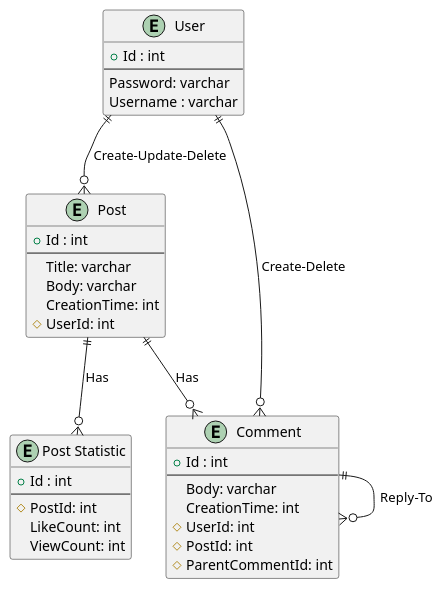
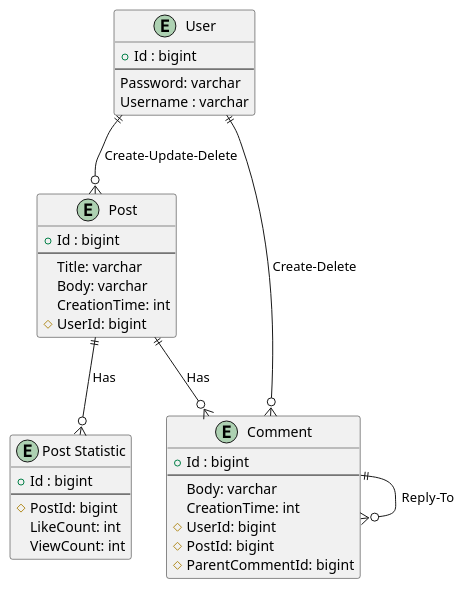
The diagram in doc/instances.puml (EugeneDar/soa), drawn with PlantUML before and after one commit. The commit also changed 1 other file, not shown here.

```diff
--- a/doc/instances.puml
+++ b/doc/instances.puml
@@ -1,43 +1,43 @@
 @startuml
 
 entity "User" as user {
-  + Id : int
+  + Id : bigint
   --
   Password: varchar
   Username : varchar
 }
 
 entity "Post" as post {
-  + Id : int
+  + Id : bigint
   --
   Title: varchar
   Body: varchar
   CreationTime: int
-  # UserId: int
+  # UserId: bigint
 }
 
 entity "Post Statistic" as postStatistic {
-  + Id : int
+  + Id : bigint
   --
-  # PostId: int
+  # PostId: bigint
   LikeCount: int
   ViewCount: int
 }
 
 entity "Comment" as comment {
-  + Id : int
+  + Id : bigint
   --
   Body: varchar
   CreationTime: int
-  # UserId: int
-  # PostId: int
-  # ParentCommentId: int
+  # UserId: bigint
+  # PostId: bigint
+  # ParentCommentId: bigint
 }
 
 user ||--o{ post : "Create-Update-Delete"
 post ||--o{ postStatistic : "Has"
 post ||--o{ comment : "Has"
 user ||--o{ comment : "Create-Delete"
 comment ||--o{ comment : "Reply-To"
 
 @enduml
```
